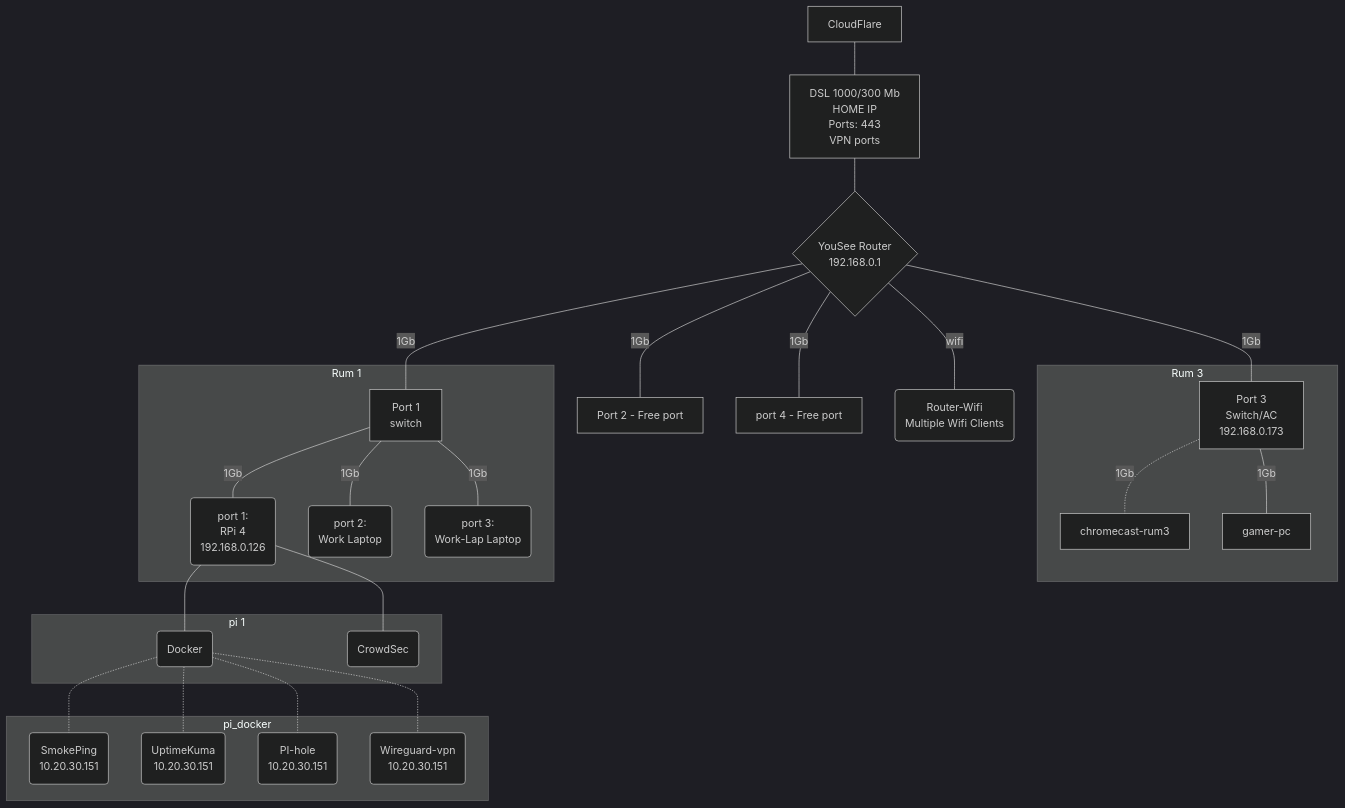
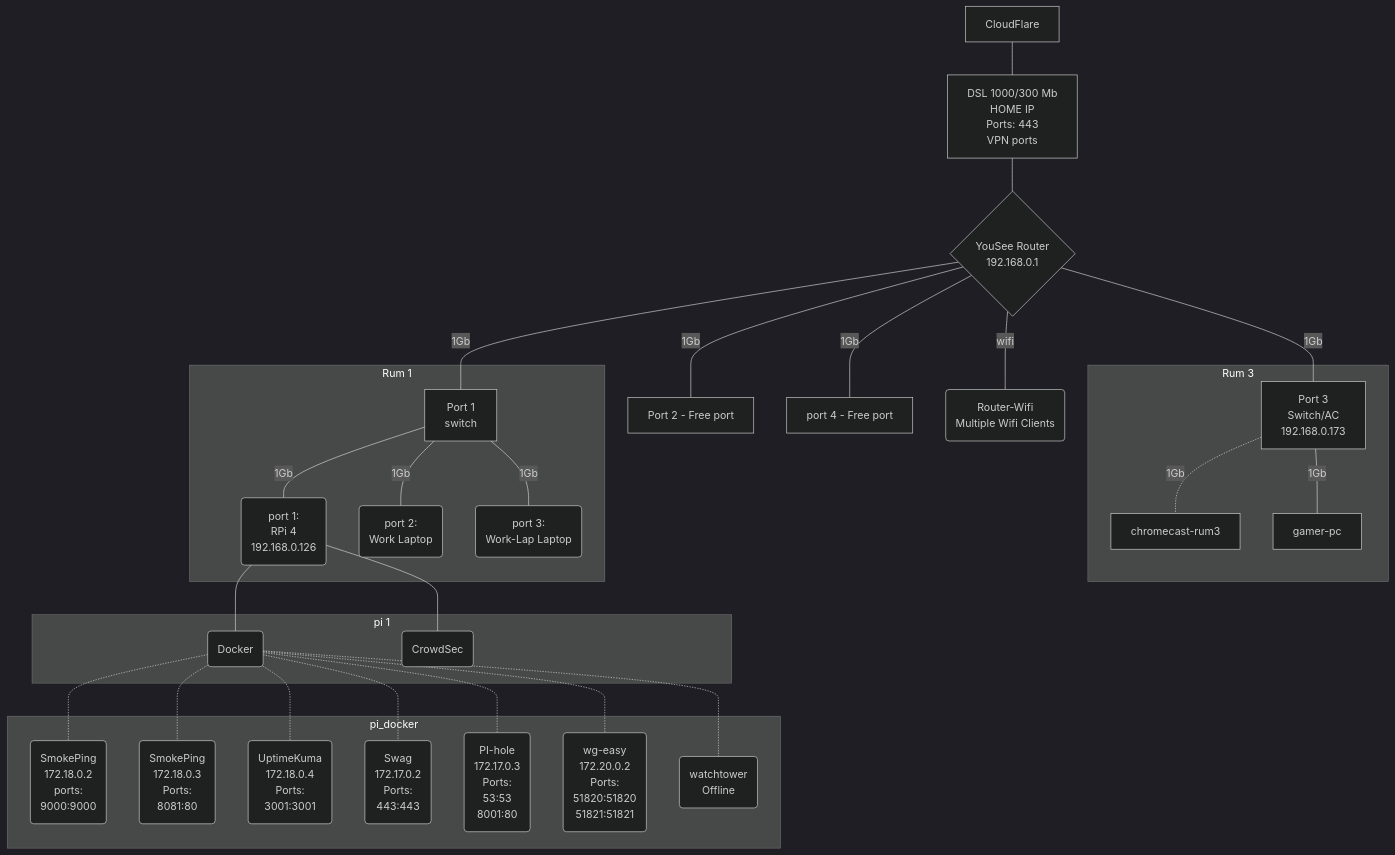
The diagram in Docs/Index.md (alf149/ansible), drawn with Mermaid (dark theme) before and after one commit. The commit also changed other lines of this file, not shown here.

````diff
--- a/Docs/Index.md
+++ b/Docs/Index.md
@@ -21,35 +21,38 @@
 ```mermaid
 graph TD
  linkStyle default interpolate basis
  cloudflare[<center>CloudFlare</center>]---wan
  wan[<center>DSL 1000/300 Mb<br>HOME IP<br>Ports: 443<br>VPN ports</center>]---router{<center>YouSee Router<br>192.168.0.1</center>}
  router---|1Gb|rum_1[<center>Port 1<br>switch</center>]
  router---|1Gb|rum_2[<center>Port 2 - Free port</center>]
  router---|1Gb|rum_3[<center>Port 3<br>Switch/AC<br>192.168.0.173</center>]
  router---|1Gb|rum_4[<center>port 4 - Free port</center>]
  router---|wifi|ac_wifi(<center>Router-Wifi<br>Multiple Wifi Clients</center>)
 
     subgraph Rum 3
     rum_3-.-|1Gb|chromecast-rum3
     rum_3---|1Gb|gamer-pc
     end
 
     subgraph Rum 1
     rum_1---|1Gb|pi(<center>port 1:<br> RPi 4<br>192.168.0.126</center>)
     rum_1---|1Gb|work(<center>port 2:<br> Work Laptop</center>)
     rum_1---|1Gb|work-lab(<center>port 3:<br> Work-Lap Laptop</center>)
     end
 
         subgraph pi 1
         pi---docker(<center>Docker</center>)
         pi---crowdsec(<center>CrowdSec</center>)
         end
 
         subgraph pi_docker
-        docker-.-smokeping(<center>SmokePing<br>10.20.30.151</center>)
-        docker-.-uptimeKuma(<center>UptimeKuma<br>10.20.30.151</center>)
-        docker-.-pihole(<center>PI-hole<br>10.20.30.151</center>)
-        docker-.-wireguardvpn(<center>Wireguard-vpn<br>10.20.30.151</center>)
+        docker-.-portainer(<center>SmokePing    <br>172.18.0.2<br>ports:<br>9000:9000</center>)
+        docker-.-smokeping(<center>SmokePing    <br>172.18.0.3<br>Ports:<br>8081:80</center>)
+        docker-.-uptimeKuma(<center>UptimeKuma  <br>172.18.0.4<br>Ports:<br>3001:3001</center>)
+        docker-.-swag(<center>Swag              <br>172.17.0.2<br>Ports:<br>443:443</center>)
+        docker-.-pihole(<center>PI-hole         <br>172.17.0.3<br>Ports:<br>53:53<br>8001:80</center>)
+        docker-.-wg-easy(<center>wg-easy        <br>172.20.0.2     <br>Ports:<br>51820:51820<br>51821:51821</center>)
+        docker-.-watchtower(<center>watchtower  <br>Offline</center>)
         end
 
 ```
````
